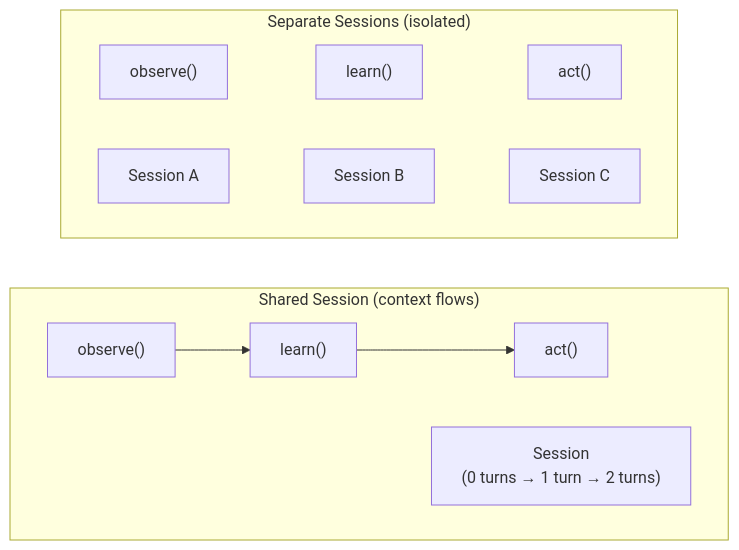
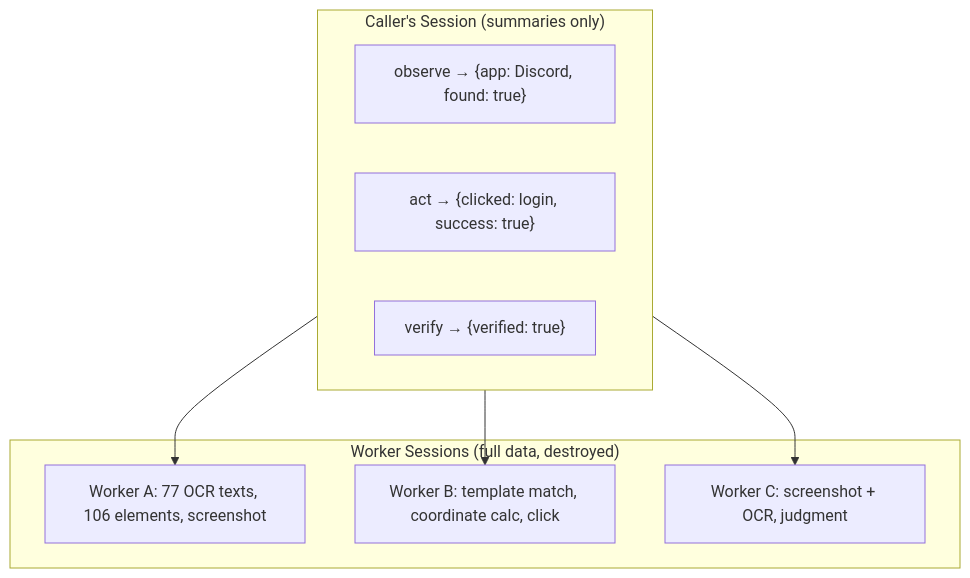
Before and after one commit to Fzkuji/OpenProgram: the fifth of 10 diagrams in docs/DESIGN.md, drawn with Mermaid. The commit also changed other lines of this file and 1 other file, not shown here.

````diff
--- a/docs/DESIGN.md
+++ b/docs/DESIGN.md
@@ -201,14 +275,18 @@
 ```mermaid
-graph LR
-    subgraph Shared["Shared Session (context flows)"]
-        direction LR
-        O1["observe()"] --> L1["learn()"] --> A1["act()"]
-        S1["Session<br/>(0 turns → 1 turn → 2 turns)"]
+graph TB
+    subgraph Caller["Caller's Session (summaries only)"]
+        S1["observe → {app: Discord, found: true}"]
+        S2["act → {clicked: login, success: true}"]
+        S3["verify → {verified: true}"]
     end
 
-    subgraph Isolated["Separate Sessions (isolated)"]
-        direction LR
-        O2["observe()"] ~~~ L2["learn()"] ~~~ A2["act()"]
-        SA["Session A"] ~~~ SB["Session B"] ~~~ SC["Session C"]
+    subgraph Workers["Worker Sessions (full data, destroyed)"]
+        W1["Worker A: 77 OCR texts, 106 elements, screenshot"]
+        W2["Worker B: template match, coordinate calc, click"]
+        W3["Worker C: screenshot + OCR, judgment"]
     end
+
+    Caller --> W1
+    Caller --> W2
+    Caller --> W3
 ```
````
